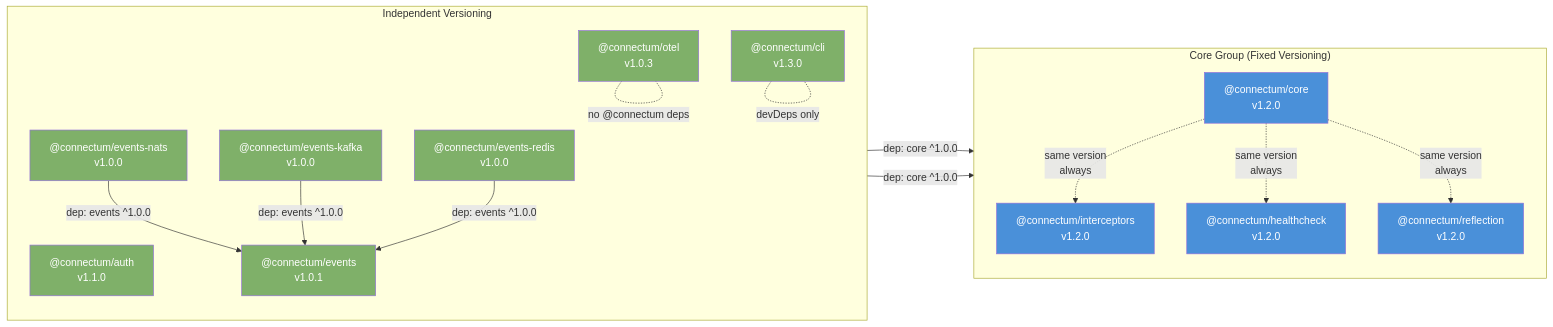
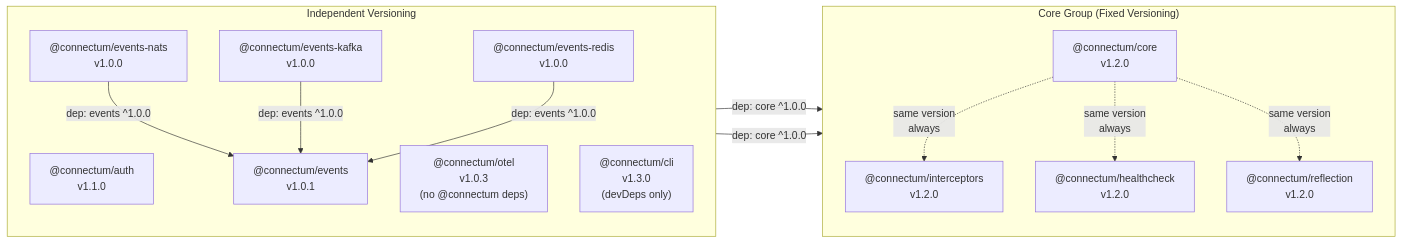
One commit to Connectum-Framework/docs changed the second of 2 diagrams in en/contributing/adr/025-package-versioning-strategy.md. Above: the diagram before and after it, drawn with Mermaid. The commit also changed other lines of this file and 10 other files, not shown here.

First line of the commit message:
feat: unify Mermaid diagram theme (#80)

````diff
--- a/en/contributing/adr/025-package-versioning-strategy.md
+++ b/en/contributing/adr/025-package-versioning-strategy.md
@@ -197,45 +184,33 @@
 ```mermaid
 graph LR
     subgraph "Core Group (Fixed Versioning)"
         direction TB
         C["@connectum/core<br/>v1.2.0"]
         I["@connectum/interceptors<br/>v1.2.0"]
         H["@connectum/healthcheck<br/>v1.2.0"]
         R["@connectum/reflection<br/>v1.2.0"]
     end
 
     subgraph "Independent Versioning"
         direction TB
         A["@connectum/auth<br/>v1.1.0"]
         E["@connectum/events<br/>v1.0.1"]
         EN["@connectum/events-nats<br/>v1.0.0"]
         EK["@connectum/events-kafka<br/>v1.0.0"]
         ER["@connectum/events-redis<br/>v1.0.0"]
-        O["@connectum/otel<br/>v1.0.3"]
-        CLI["@connectum/cli<br/>v1.3.0"]
+        O["@connectum/otel<br/>v1.0.3<br/>(no @connectum deps)"]
+        CLI["@connectum/cli<br/>v1.3.0<br/>(devDeps only)"]
     end
 
     C -.->|"same version<br/>always"| I
     C -.->|"same version<br/>always"| H
     C -.->|"same version<br/>always"| R
 
     A -->|"dep: core ^1.0.0"| C
     E -->|"dep: core ^1.0.0"| C
     EN -->|"dep: events ^1.0.0"| E
     EK -->|"dep: events ^1.0.0"| E
     ER -->|"dep: events ^1.0.0"| E
-    O -.-|"no @connectum deps"| O
-    CLI -.-|"devDeps only"| CLI
 
-    style C fill:#4a90d9,color:#fff
-    style I fill:#4a90d9,color:#fff
-    style H fill:#4a90d9,color:#fff
-    style R fill:#4a90d9,color:#fff
-    style A fill:#7fb069,color:#fff
-    style E fill:#7fb069,color:#fff
-    style EN fill:#7fb069,color:#fff
-    style EK fill:#7fb069,color:#fff
-    style ER fill:#7fb069,color:#fff
-    style O fill:#7fb069,color:#fff
-    style CLI fill:#7fb069,color:#fff
+    class C,I,H,R accent
 ```
````
